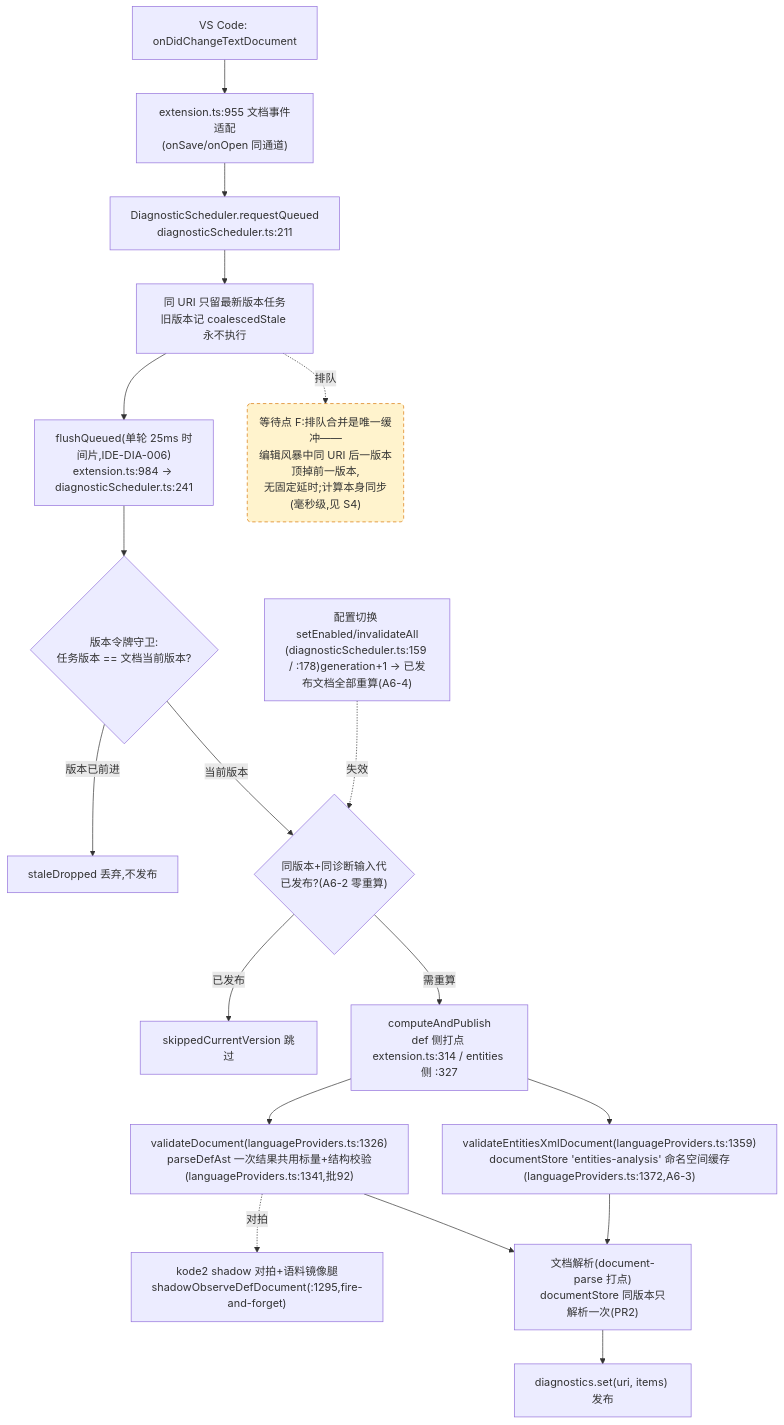
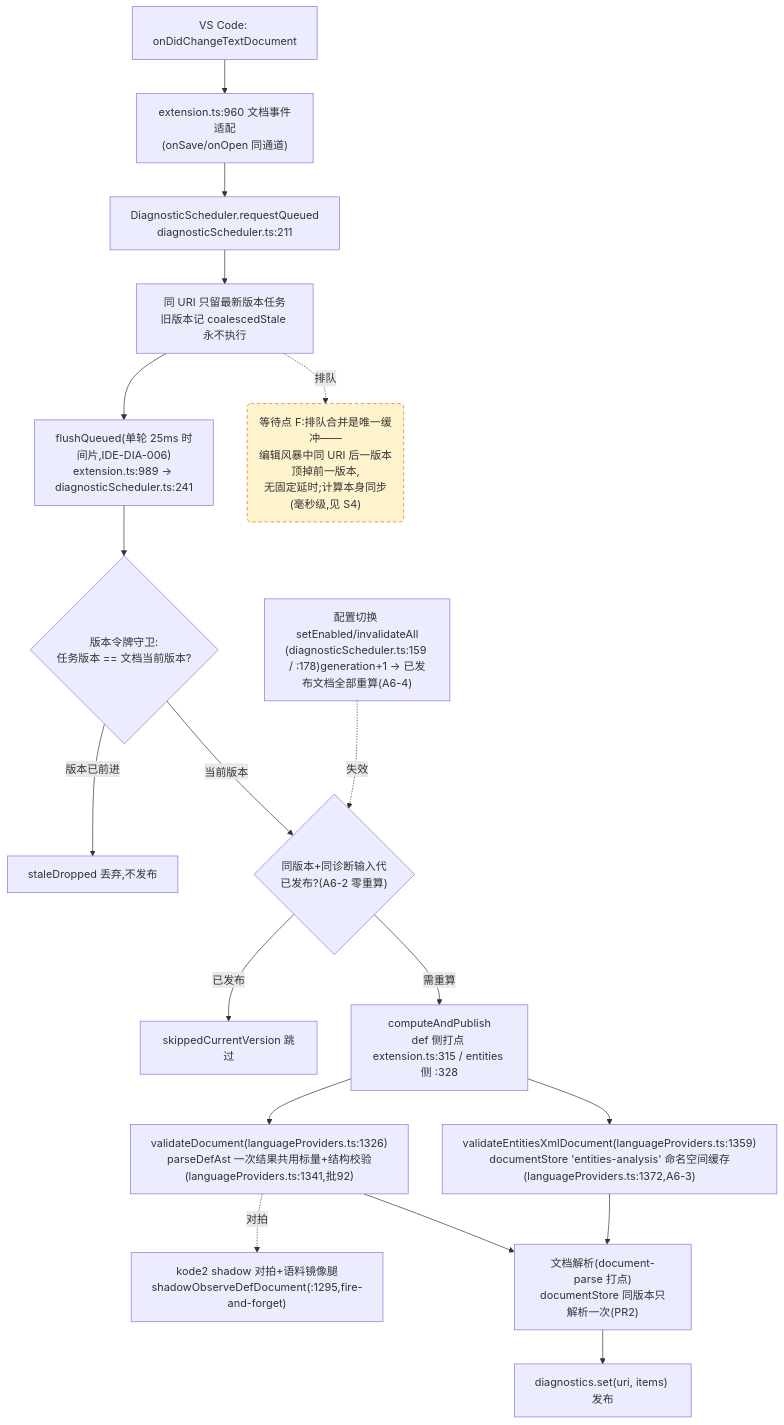
Before and after one commit to cuihairu/kode: the fourth of 4 diagrams in docs/perf/2026-baseline.md, drawn with Mermaid. The commit also changed other lines of this file and 4 other files, not shown here.

````diff
--- a/docs/perf/2026-baseline.md
+++ b/docs/perf/2026-baseline.md
@@ -214,38 +214,38 @@
 ```mermaid
 flowchart TD
   CHG["VS Code: onDidChangeTextDocument"]
-  WATCH["extension.ts:955 文档事件适配<br/>(onSave/onOpen 同通道)"]
+  WATCH["extension.ts:960 文档事件适配<br/>(onSave/onOpen 同通道)"]
   RQ["DiagnosticScheduler.requestQueued<br/>diagnosticScheduler.ts:211"]
   CO["同 URI 只留最新版本任务<br/>旧版本记 coalescedStale 永不执行"]
-  FL["flushQueued(单轮 25ms 时间片,IDE-DIA-006)<br/>extension.ts:984 → diagnosticScheduler.ts:241"]
+  FL["flushQueued(单轮 25ms 时间片,IDE-DIA-006)<br/>extension.ts:989 → diagnosticScheduler.ts:241"]
   VG{"版本令牌守卫:<br/>任务版本 == 文档当前版本?"}
   DROP["staleDropped 丢弃,不发布"]
   GEN{"同版本+同诊断输入代<br/>已发布?(A6-2 零重算)"}
   SKIP["skippedCurrentVersion 跳过"]
-  CALC["computeAndPublish<br/>def 侧打点 extension.ts:314 / entities 侧 :327"]
+  CALC["computeAndPublish<br/>def 侧打点 extension.ts:315 / entities 侧 :328"]
   VD["validateDocument(languageProviders.ts:1326)<br/>parseDefAst 一次结果共用标量+结构校验(languageProviders.ts:1341,批92)"]
   VEX["validateEntitiesXmlDocument(languageProviders.ts:1359)<br/>documentStore 'entities-analysis' 命名空间缓存(languageProviders.ts:1372,A6-3)"]
   SHDD["kode2 shadow 对拍+语料镜像腿<br/>shadowObserveDefDocument(:1295,fire-and-forget)"]
   DS["文档解析(document-parse 打点)<br/>documentStore 同版本只解析一次(PR2)"]
   PUB["diagnostics.set(uri, items) 发布"]
   CFG2["配置切换 setEnabled/invalidateAll<br/>(diagnosticScheduler.ts:159 / :178)generation+1 → 已发布文档全部重算(A6-4)"]
 
   CHG --> WATCH --> RQ --> CO --> FL --> VG
   VG -- "版本已前进" --> DROP
   VG -- "当前版本" --> GEN
   GEN -- "已发布" --> SKIP
   GEN -- "需重算" --> CALC
   CALC --> VD
   CALC --> VEX
   VD --> DS
   VEX --> DS
   DS --> PUB
   VD -.->|对拍| SHDD
   CFG2 -.->|失效| GEN
 
   WAITF("等待点 F:排队合并是唯一缓冲——<br/>编辑风暴中同 URI 后一版本顶掉前一版本,<br/>无固定延时;计算本身同步(毫秒级,见 S4)")
   CO -.->|排队| WAITF
 
   classDef waitPoint fill:#fff3cd,stroke:#d97706,stroke-dasharray:5 4;
   class WAITF waitPoint;
 ```
````
